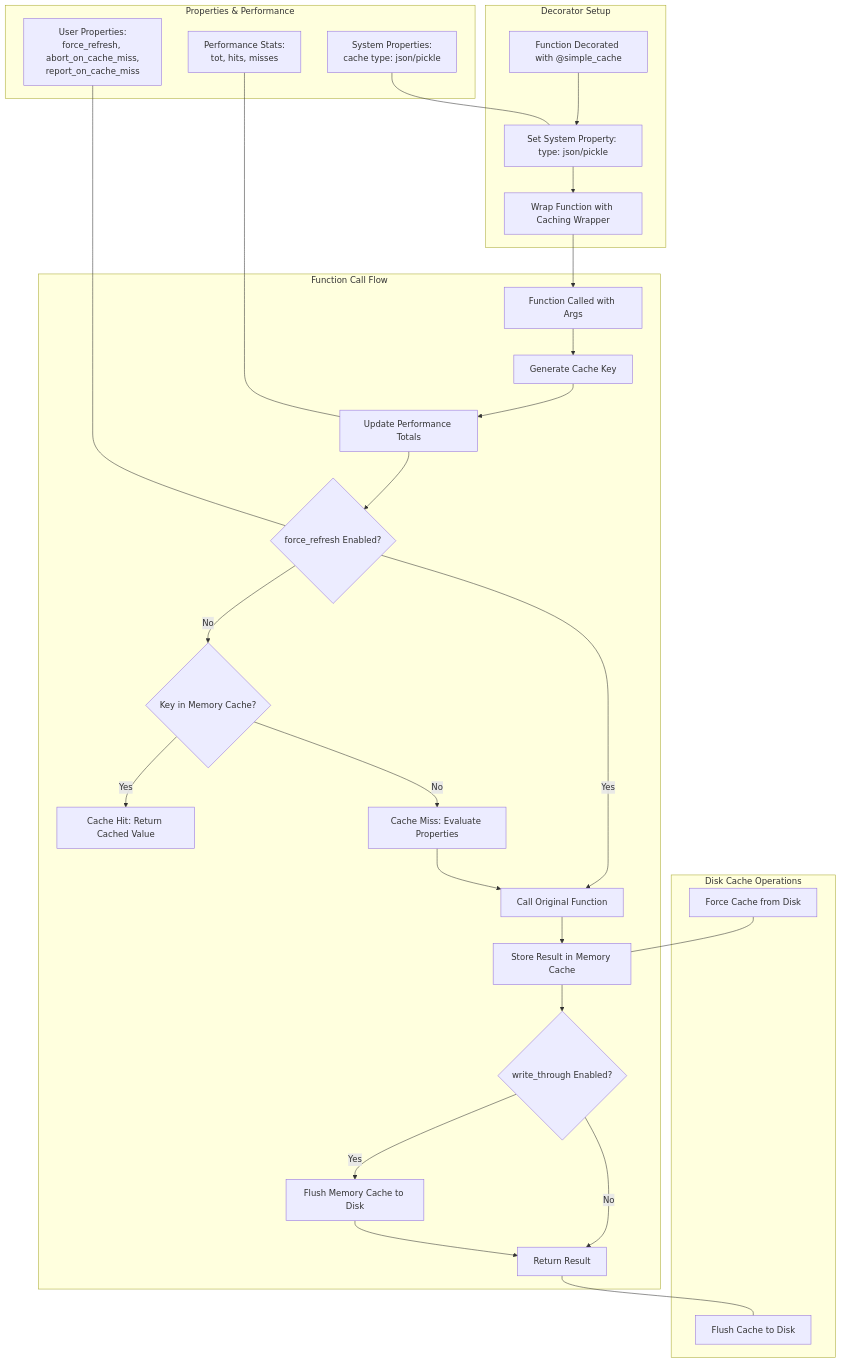
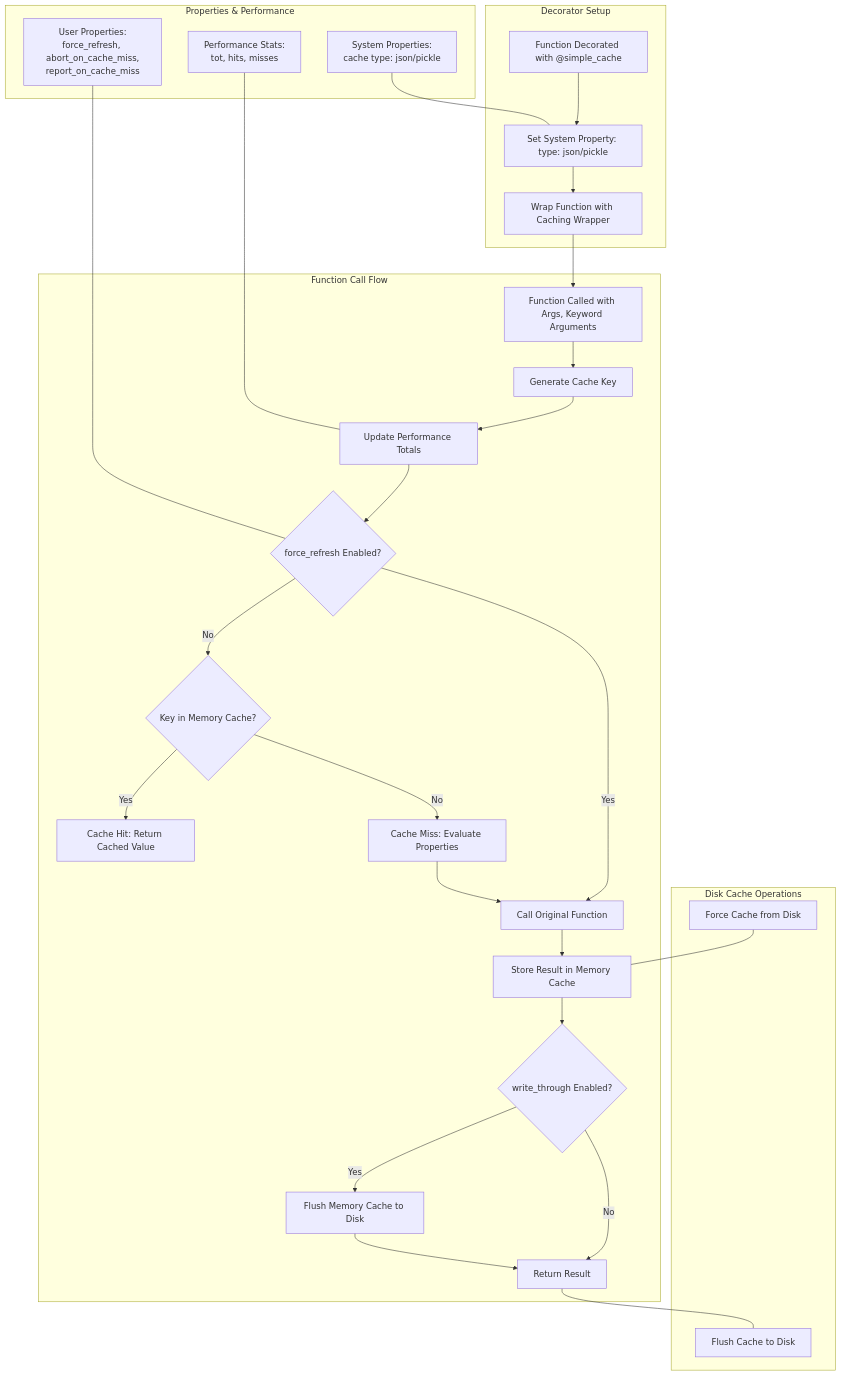
Before and after one commit to causify-ai/helpers: the diagram in docs/tools/helpers/all.hcache_simple.explanation.md, drawn with Mermaid. The commit also changed other lines of this file, not shown here.

````diff
--- a/docs/tools/helpers/all.hcache_simple.explanation.md
+++ b/docs/tools/helpers/all.hcache_simple.explanation.md
@@ -239,62 +238,62 @@
 ```mermaid
 flowchart TD
     %% Decorator Setup %%
     subgraph "Decorator Setup"
         A1[Function Decorated with @simple_cache]
         A2[Set System Property: type: json/pickle]
         A3[Wrap Function with Caching Wrapper]
         A1 --> A2
         A2 --> A3
     end
 
     %% Function Call Flow %%
     subgraph "Function Call Flow"
-        B1[Function Called with Args]
+        B1[Function Called with Args, Keyword Arguments]
         B2[Generate Cache Key]
         B3[Update Performance Totals]
         B4{force_refresh Enabled?}
         B5{Key in Memory Cache?}
         B6[Cache Hit: Return Cached Value]
         B7[Cache Miss: Evaluate Properties]
         B8[Call Original Function]
         B9[Store Result in Memory Cache]
         B10{write_through Enabled?}
         B11[Flush Memory Cache to Disk]
         B12[Return Result]
 
         A3 --> B1
         B1 --> B2
         B2 --> B3
         B3 --> B4
         B4 -- Yes --> B8
         B4 -- No --> B5
         B5 -- Yes --> B6
         B5 -- No --> B7
         B7 --> B8
         B8 --> B9
         B9 --> B10
         B10 -- Yes --> B11
         B10 -- No --> B12
         B11 --> B12
     end
 
     %% Disk Cache Operations %%
     subgraph "Disk Cache Operations"
         C1[Flush Cache to Disk]
         C2[Force Cache from Disk]
     end
 
     %% Cache Properties & Performance %%
     subgraph "Properties & Performance"
         D1[User Properties:<br>force_refresh, abort_on_cache_miss,<br>report_on_cache_miss]
         D2[System Properties:<br>cache type: json/pickle]
         D3[Performance Stats:<br>tot, hits, misses]
     end
 
     %% Connections for Reference %%
     B12 --- C1
     C2 --- B9
     D1 --- B4
     D2 --- A2
     D3 --- B3
 ```
````
